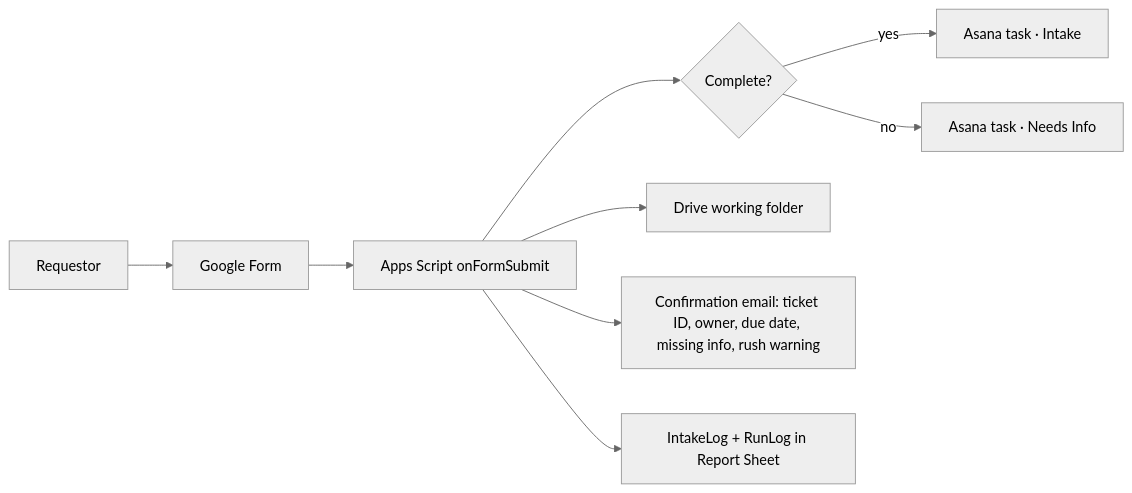
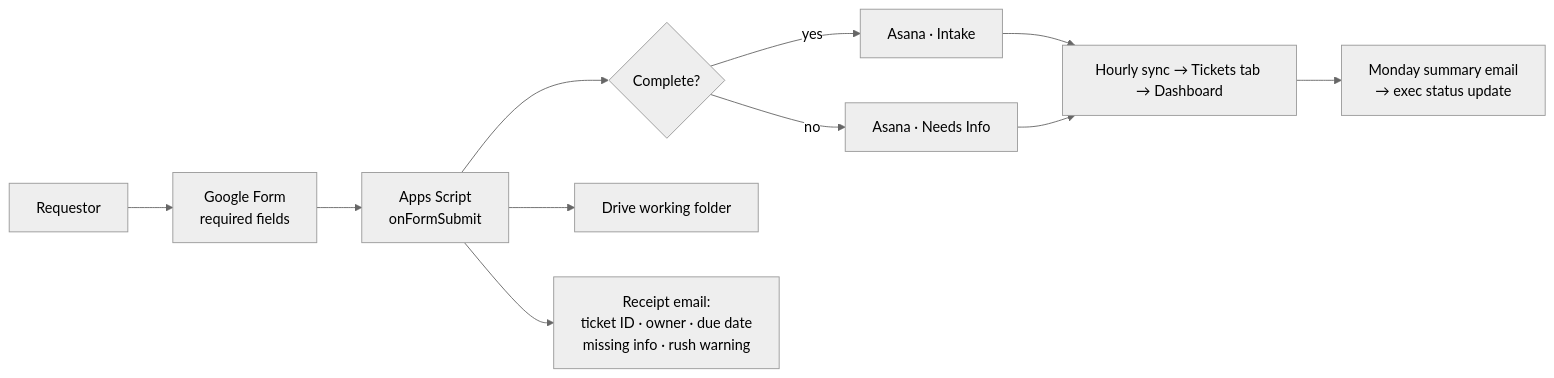
The diagram in README.md (asmipahwa/wics-creative-ops), drawn with Mermaid (neutral theme) before and after one commit. The commit also changed other lines of this file and 25 other files, not shown here.

````diff
--- a/README.md
+++ b/README.md
@@ -8,11 +8,12 @@
 ```mermaid
 flowchart LR
-  A[Requestor] --> B[Google Form]
-  B --> C[Apps Script onFormSubmit]
+  A[Requestor] --> B[Google Form<br/>required fields]
+  B --> C[Apps Script<br/>onFormSubmit]
   C --> D{Complete?}
-  D -- yes --> E[Asana task · Intake]
-  D -- no --> F[Asana task · Needs Info]
+  D -- yes --> E[Asana · Intake]
+  D -- no --> F[Asana · Needs Info]
   C --> G[Drive working folder]
-  C --> H[Confirmation email: ticket ID, owner, due date, missing info, rush warning]
-  C --> I[IntakeLog + RunLog in Report Sheet]
+  C --> H[Receipt email:<br/>ticket ID · owner · due date<br/>missing info · rush warning]
+  E & F --> I[Hourly sync → Tickets tab → Dashboard]
+  I --> J[Monday summary email<br/>→ exec status update]
 ```
````
